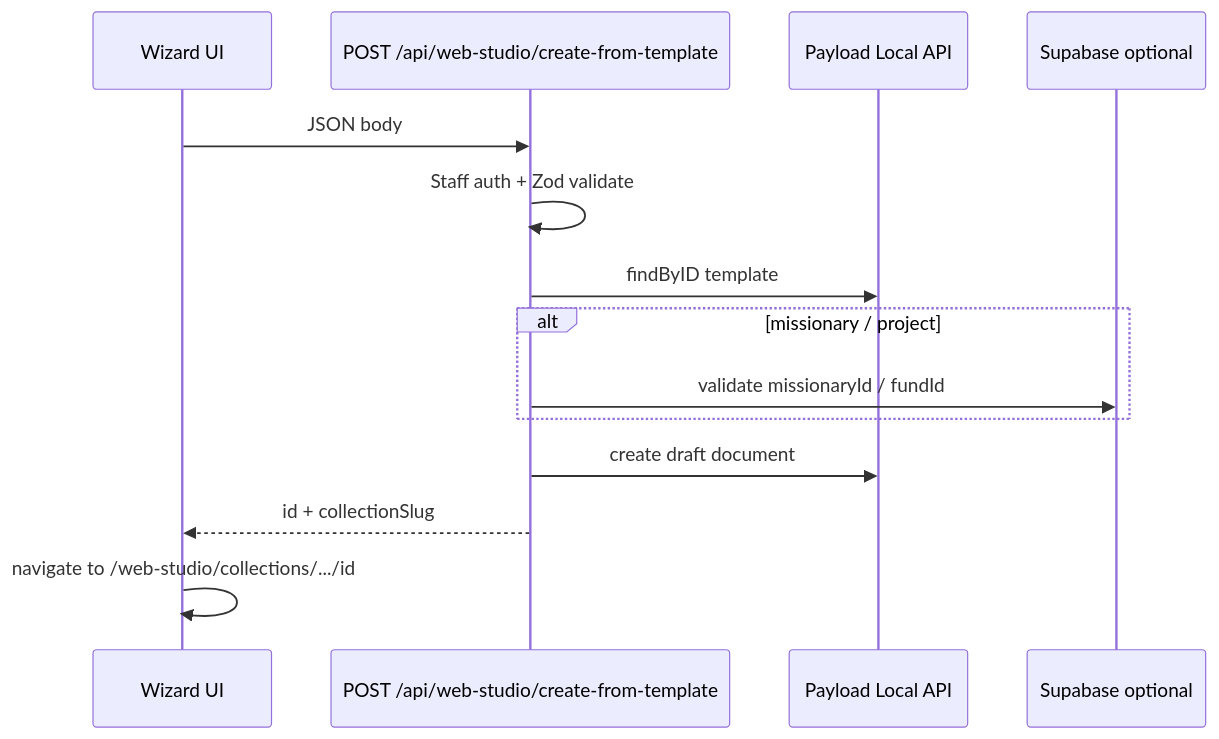
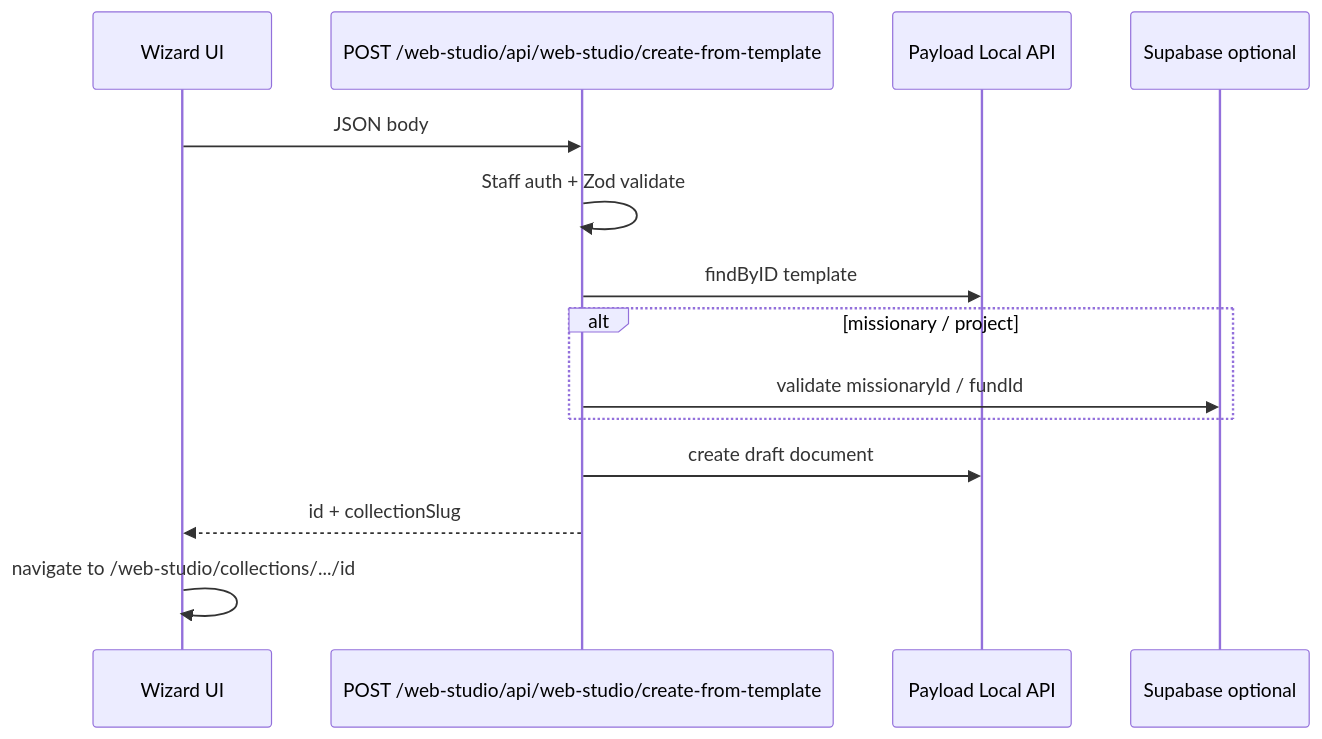
One commit to Asymmetric-al/core changed the fifth of 5 diagrams in docs/guides/architecture/web-studio-living-spec.md. Above: the diagram before and after it, drawn with Mermaid. The commit also changed other lines of this file and 5 other files, not shown here.

First line of the commit message:
docs(AL-2675): describe Payload's REST routes under /web-studio/api

````diff
--- a/docs/guides/architecture/web-studio-living-spec.md
+++ b/docs/guides/architecture/web-studio-living-spec.md
@@ -1491,16 +1492,16 @@
 ```mermaid
 sequenceDiagram
   participant W as Wizard UI
-  participant API as POST /api/web-studio/create-from-template
+  participant API as POST /web-studio/api/web-studio/create-from-template
   participant P as Payload Local API
   participant S as Supabase optional
   W->>API: JSON body
   API->>API: Staff auth + Zod validate
   API->>P: findByID template
   alt missionary / project
     API->>S: validate missionaryId / fundId
   end
   API->>P: create draft document
   API-->>W: id + collectionSlug
   W->>W: navigate to /web-studio/collections/.../id
 ```
````
